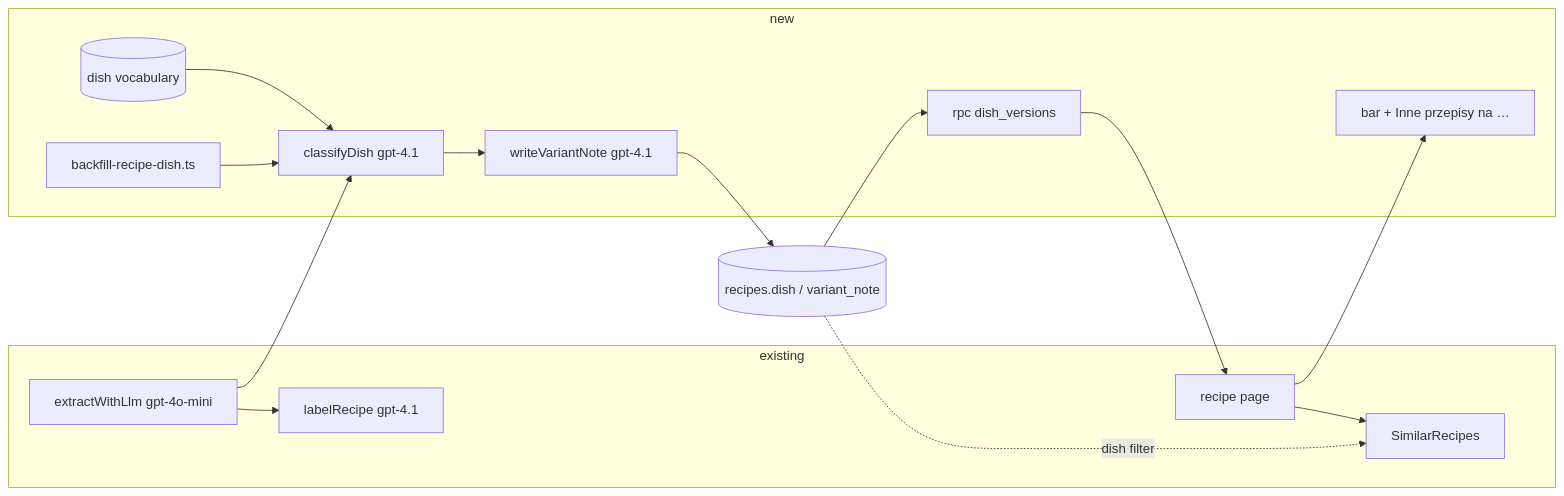
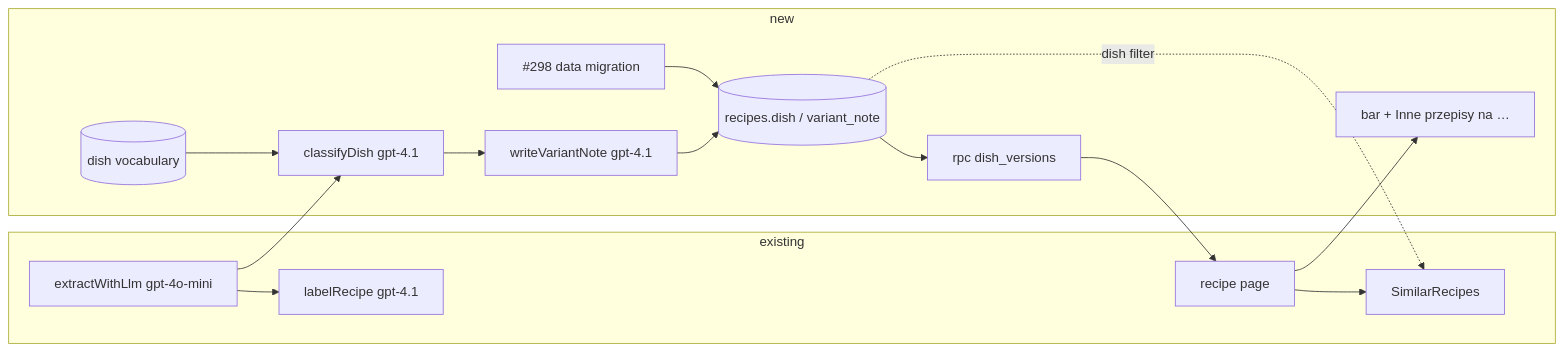
One commit to spokospace/zapiszprzepis changed the diagram in .ai/specs/2026-10-17-e01-s21-dish-versions.md. Above: the diagram before and after it, drawn with Mermaid. The commit also changed other lines of this file, not shown here.

Commit message:
docs(specs): replace scripted backfill with reviewed data migration (#298), rephase e01-s21

````diff
--- a/.ai/specs/2026-10-17-e01-s21-dish-versions.md
+++ b/.ai/specs/2026-10-17-e01-s21-dish-versions.md
@@ -43,17 +44,17 @@
 ```mermaid
 flowchart LR
   subgraph existing
     X[extractWithLlm gpt-4o-mini] --> L[labelRecipe gpt-4.1]
     P[recipe page] --> S[SimilarRecipes]
   end
   subgraph new
     V[(dish vocabulary)] --> C[classifyDish gpt-4.1]
     X --> C --> N[writeVariantNote gpt-4.1]
-    B[backfill-recipe-dish.ts] --> C
+    B[#298 data migration] --> DB
     R[rpc dish_versions] --> P
     P --> DV[bar + Inne przepisy na …]
   end
   N --> DB[(recipes.dish / variant_note)]
   DB --> R
   DB -. dish filter .-> S
 ```
````
